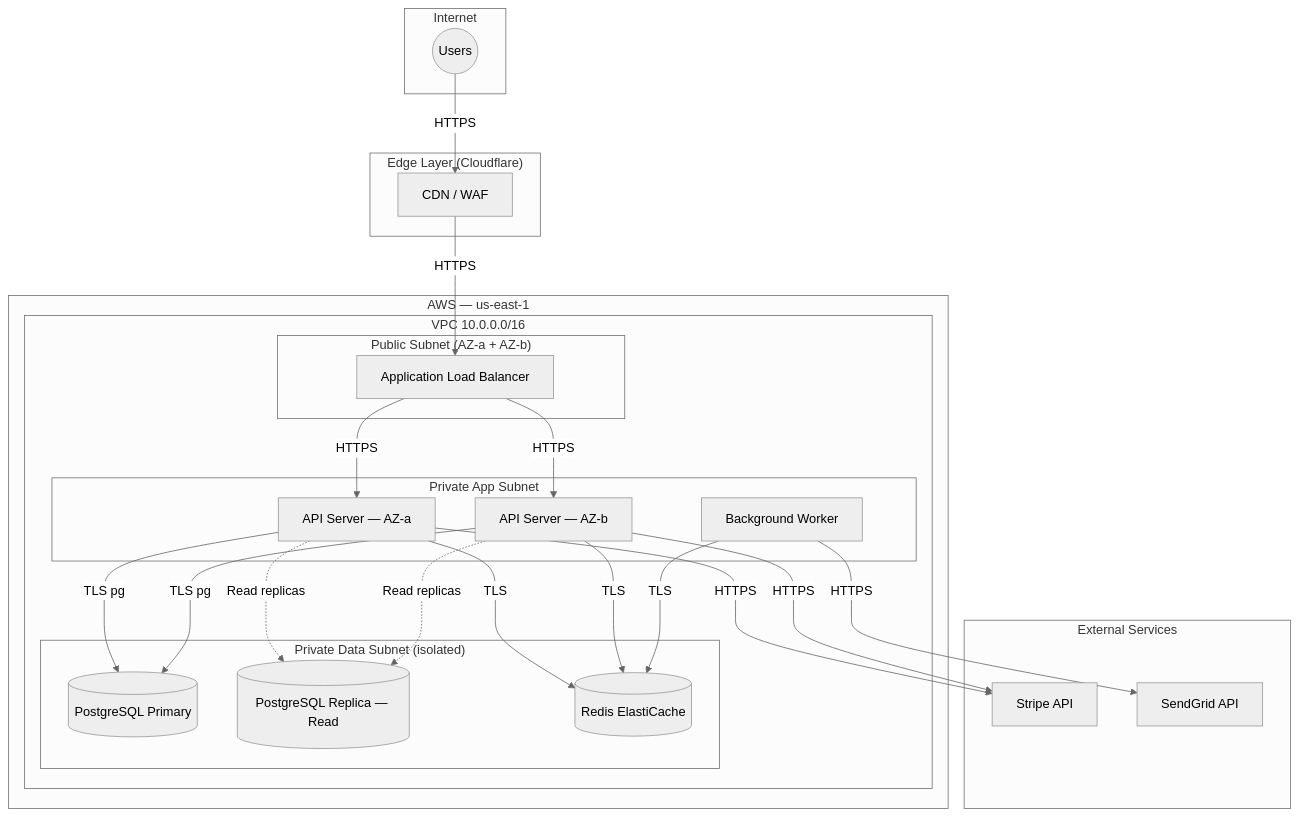
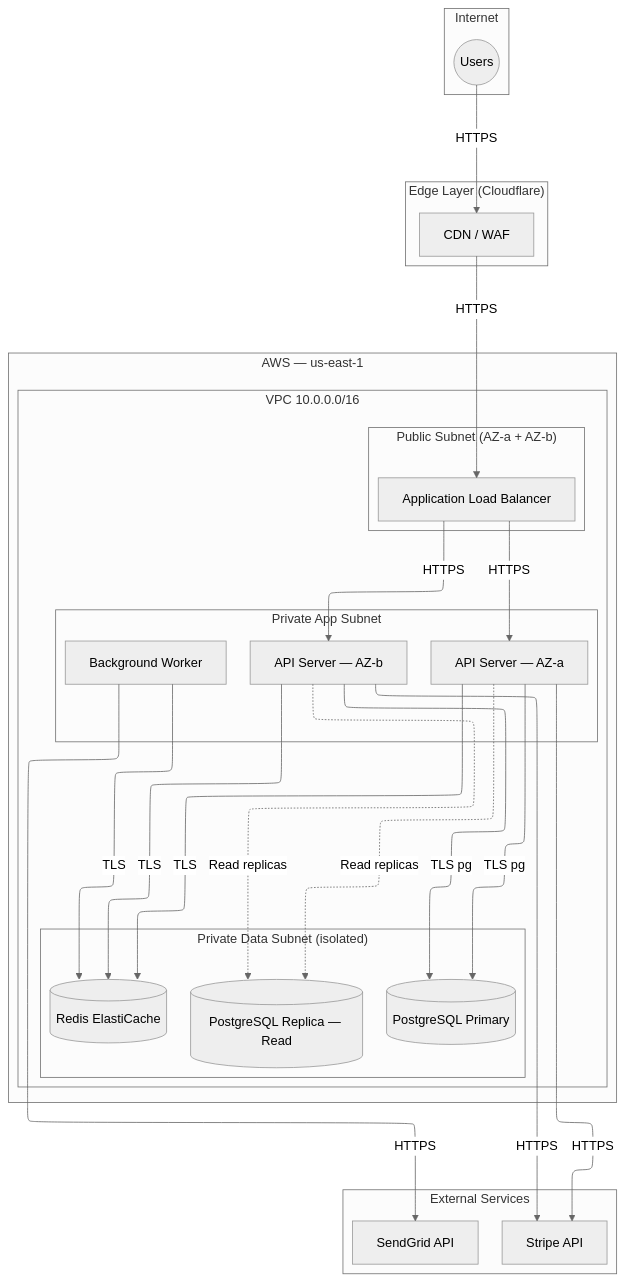
One commit to sembraniteam/claude-plugins changed diagram 11 of 12 in architecture-designer/skills/design/references/diagrams-guide.md. Above: the diagram before and after it, drawn with Mermaid (neutral theme). The commit also changed other lines of this file and 13 other files, not shown here.

````diff
--- a/architecture-designer/skills/design/references/diagrams-guide.md
+++ b/architecture-designer/skills/design/references/diagrams-guide.md
@@ -575,45 +725,46 @@
 ```mermaid
+%%{init: {'layout': 'elk'}}%%
 flowchart TD
   subgraph Internet["Internet"]
     User((Users))
   end
 
   subgraph Edge["Edge Layer (Cloudflare)"]
     CDN[CDN / WAF]
   end
 
   subgraph AWS["AWS — us-east-1"]
     subgraph VPC["VPC 10.0.0.0/16"]
       subgraph PublicSubnet["Public Subnet (AZ-a + AZ-b)"]
         ALB[Application Load Balancer]
       end
 
       subgraph AppSubnet["Private App Subnet"]
         API1[API Server — AZ-a]
         API2[API Server — AZ-b]
         Worker[Background Worker]
       end
 
       subgraph DataSubnet["Private Data Subnet (isolated)"]
         RDS_P[(PostgreSQL Primary)]
         RDS_R[(PostgreSQL Replica — Read)]
         Redis[(Redis ElastiCache)]
       end
     end
   end
 
   subgraph External["External Services"]
     Stripe[Stripe API]
     SendGrid[SendGrid API]
   end
 
   User -->|HTTPS| CDN
   CDN -->|HTTPS| ALB
   ALB -->|HTTPS| API1 & API2
   API1 & API2 -->|TLS pg| RDS_P
   API1 & API2 -->|TLS| Redis
   API1 & API2 -.->|Read replicas| RDS_R
   Worker -->|TLS| Redis
   Worker -->|HTTPS| SendGrid
   API1 & API2 -->|HTTPS| Stripe
 ```
````
